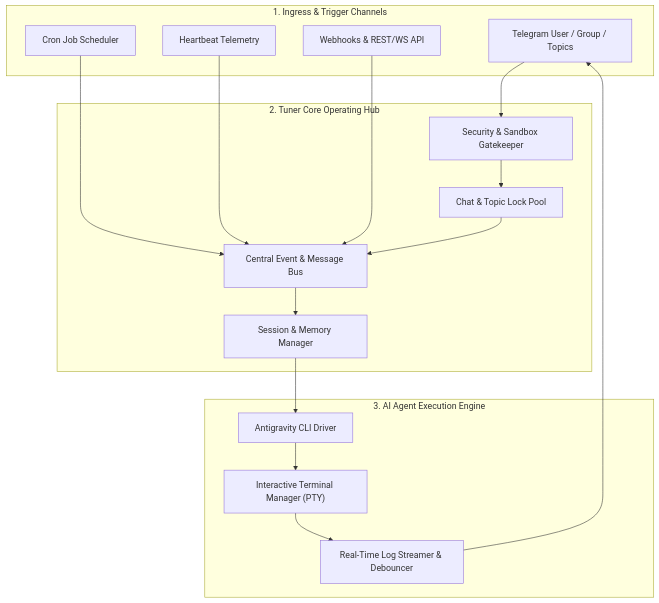
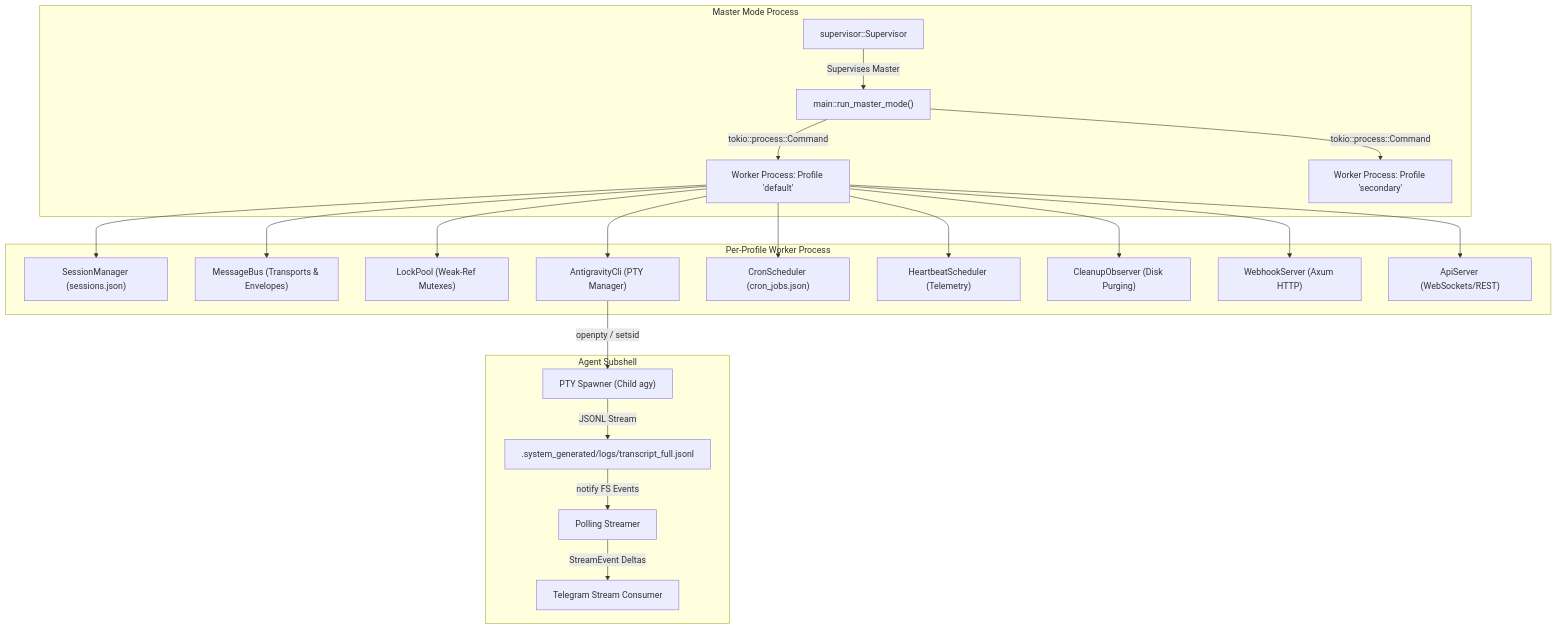
One commit to imwoo90/tuner changed the first of 3 diagrams in README.md. Above: the diagram before and after it, drawn with Mermaid. The commit also changed other lines of this file, not shown here.

Commit message:
docs: adopt officially approved publication-grade architecture specification in README.md

````diff
--- a/README.md
+++ b/README.md
@@ -161,35 +179,27 @@
 ```mermaid
-flowchart TD
-    subgraph Ingress ["1. Ingress & Trigger Channels"]
-        TG["Telegram User / Group / Topics"]
-        CRON["Cron Job Scheduler"]
-        HB["Heartbeat Telemetry"]
-        WH["Webhooks & REST/WS API"]
+graph TD
+    subgraph Supervisor Plane [Master Mode Process]
+        M["main::run_master_mode()"] -->|tokio::process::Command| W1["Worker Process: Profile 'default'"]
+        M -->|tokio::process::Command| W2["Worker Process: Profile 'secondary'"]
+        S["supervisor::Supervisor"] -->|Supervises Master| M
     end
 
-    subgraph Core ["2. Tuner Core Operating Hub"]
-        AUTH["Security & Sandbox Gatekeeper"]
-        BUS["Central Event & Message Bus"]
-        LOCK["Chat & Topic Lock Pool"]
-        SESS["Session & Memory Manager"]
+    subgraph Worker Runtime [Per-Profile Worker Process]
+        W1 --> SM["SessionManager (sessions.json)"]
+        W1 --> MB["MessageBus (Transports & Envelopes)"]
+        W1 --> LP["LockPool (Weak-Ref Mutexes)"]
+        W1 --> AGY["AntigravityCli (PTY Manager)"]
+        W1 --> CS["CronScheduler (cron_jobs.json)"]
+        W1 --> HS["HeartbeatScheduler (Telemetry)"]
+        W1 --> CL["CleanupObserver (Disk Purging)"]
+        W1 --> WS["WebhookServer (Axum HTTP)"]
+        W1 --> API["ApiServer (WebSockets/REST)"]
     end
 
-    subgraph Execution ["3. AI Agent Execution Engine"]
-        PTY["Interactive Terminal Manager (PTY)"]
-        CLI["Antigravity CLI Driver"]
-        LOGS["Real-Time Log Streamer & Debouncer"]
+    subgraph Subprocess Execution [Agent Subshell]
+        AGY -->|openpty / setsid| PTY["PTY Spawner (Child agy)"]
+        PTY -->|JSONL Stream| LOG[".system_generated/logs/transcript_full.jsonl"]
+        LOG -->|notify FS Events| POLL["Polling Streamer"]
+        POLL -->|StreamEvent Deltas| STR["Telegram Stream Consumer"]
     end
-
-    TG --> AUTH
-    CRON --> BUS
-    HB --> BUS
-    WH --> BUS
-
-    AUTH --> LOCK
-    LOCK --> BUS
-    BUS --> SESS
-    SESS --> CLI
-    CLI --> PTY
-    PTY --> LOGS
-    LOGS --> TG
 ```
````
